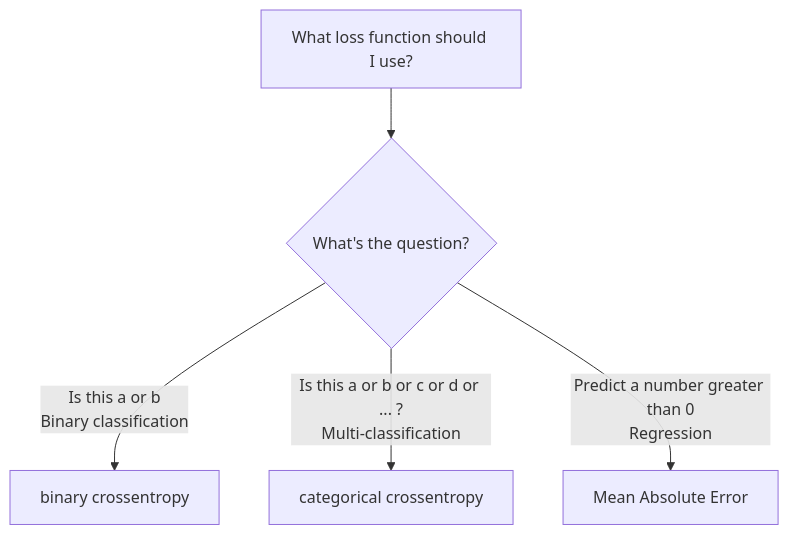
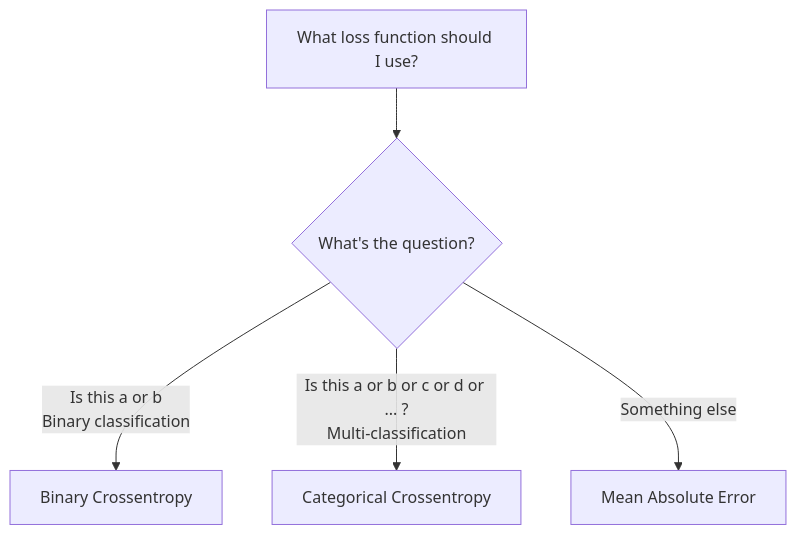
The third of 3 diagrams in README.md (armakuni/neuralnet-cheat-sheet), drawn with Mermaid before and after one commit.

Commit message:
fix: Tidy up come capitalisation

````diff
--- a/README.md
+++ b/README.md
@@ -32,7 +32,7 @@
 ```mermaid
 graph TD
     A[What loss function should I use?] --> B{"What's the question?"}
-    B -->|"Is this a or b<br />Binary classification"| C[binary crossentropy]
-    B -->|"Is this a or b or c or d or ... ?<br />Multi-classification"| D[categorical crossentropy]
-    B -->|"Predict a number greater than 0<br />Regression"| E[Mean Absolute Error]
+    B -->|"Is this a or b<br />Binary classification"| C[Binary Crossentropy]
+    B -->|"Is this a or b or c or d or ... ?<br />Multi-classification"| D[Categorical Crossentropy]
+    B -->|"Something else"| E[Mean Absolute Error]
 ```
````
